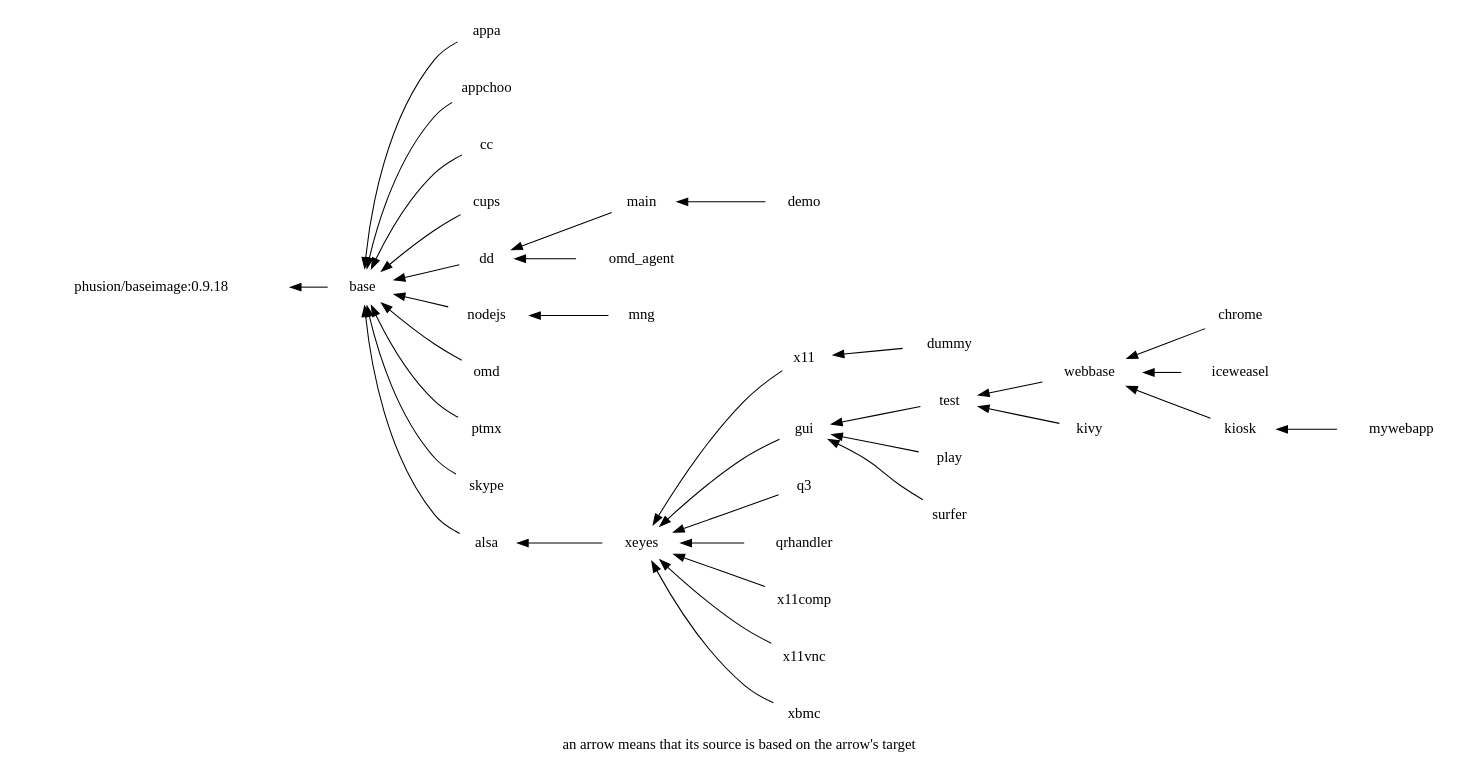
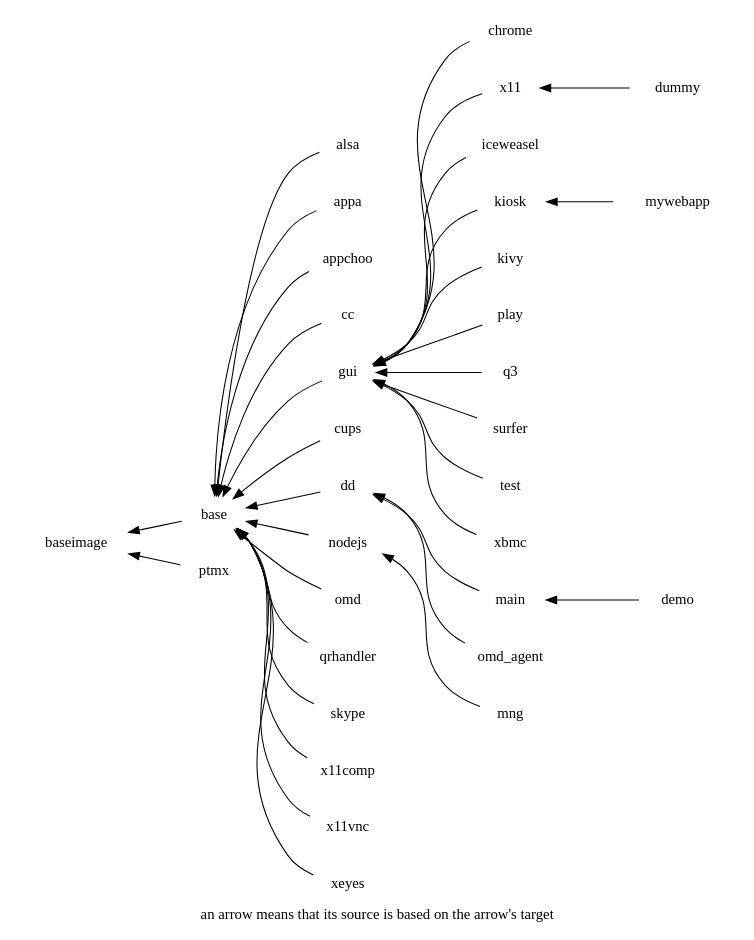
One commit to hilbert/hilbert-docker-images changed the diagram in docs/deps.dot. Above: the diagram before and after it, drawn with Graphviz. The commit also changed 2 other files, not shown here.

```diff
--- a/docs/deps.dot
+++ b/docs/deps.dot
@@ -1,35 +1,34 @@
 digraph deps{ graph [label="an arrow means that its source is based on the arrow's target", labelloc=b]; node [color=white]; rankdir = RL;
 "alsa" -> "base" ;
 "appa" -> "base" ;
 "appchoo" -> "base" ;
-"base" -> "phusion/baseimage:0.9.18" ;
+"base" -> "baseimage" ;
 "cc" -> "base" ;
-"chrome" -> "webbase" ;
+"chrome" -> "gui" ;
 "cups" -> "base" ;
 "dd" -> "base" ;
 "demo" -> "main" ;
 "dummy" -> "x11" ;
-"gui" -> "xeyes" ;
-"iceweasel" -> "webbase" ;
-"kiosk" -> "webbase" ;
-"kivy" -> "test" ;
+"gui" -> "base" ;
+"iceweasel" -> "gui" ;
+"kiosk" -> "gui" ;
+"kivy" -> "gui" ;
 "main" -> "dd" ;
 "mng" -> "nodejs" ;
 "mywebapp" -> "kiosk" ;
 "nodejs" -> "base" ;
 "omd" -> "base" ;
 "omd_agent" -> "dd" ;
 "play" -> "gui" ;
-"ptmx" -> "base" ;
-"q3" -> "xeyes" ;
-"qrhandler" -> "xeyes" ;
+"ptmx" -> "baseimage" ;
+"q3" -> "gui" ;
+"qrhandler" -> "base" ;
 "skype" -> "base" ;
 "surfer" -> "gui" ;
 "test" -> "gui" ;
-"webbase" -> "test" ;
-"x11" -> "xeyes" ;
-"x11comp" -> "xeyes" ;
-"x11vnc" -> "xeyes" ;
-"xbmc" -> "xeyes" ;
-"xeyes" -> "alsa" ;
+"x11" -> "gui" ;
+"x11comp" -> "base" ;
+"x11vnc" -> "base" ;
+"xbmc" -> "gui" ;
+"xeyes" -> "base" ;
 }
```
